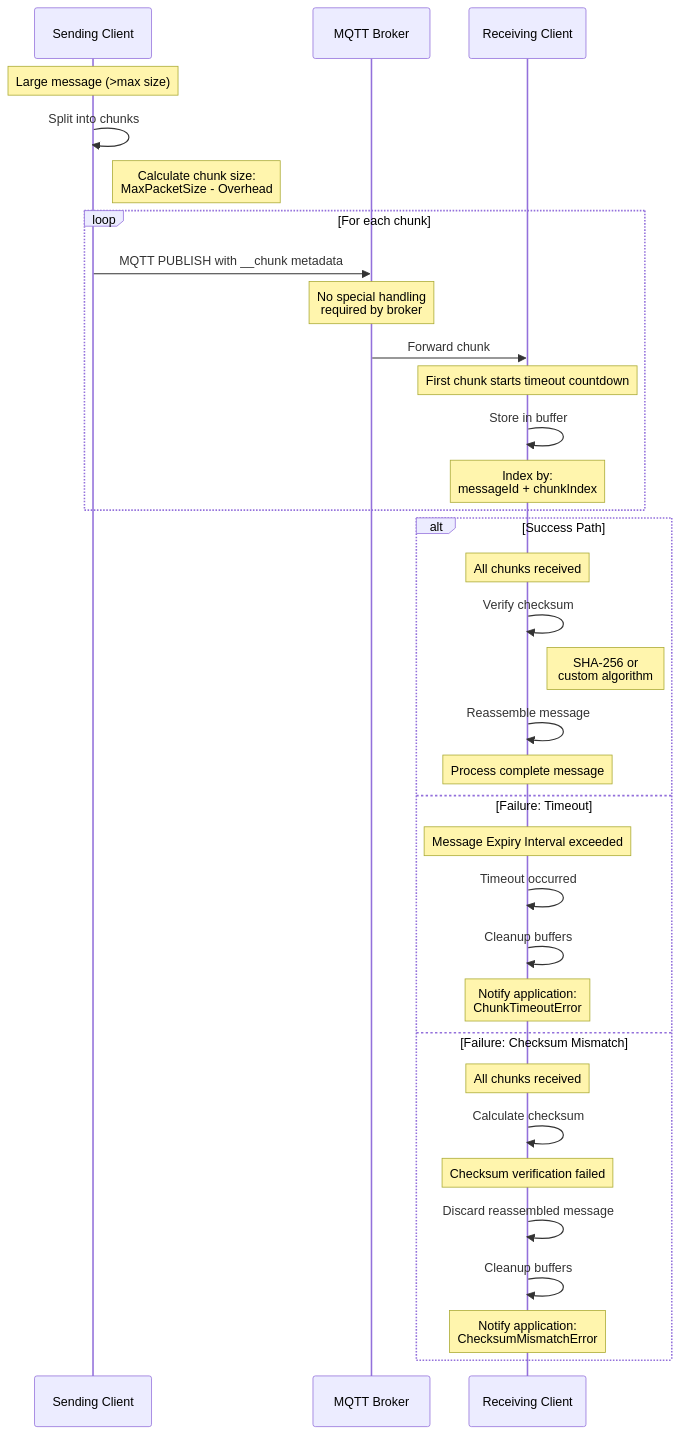
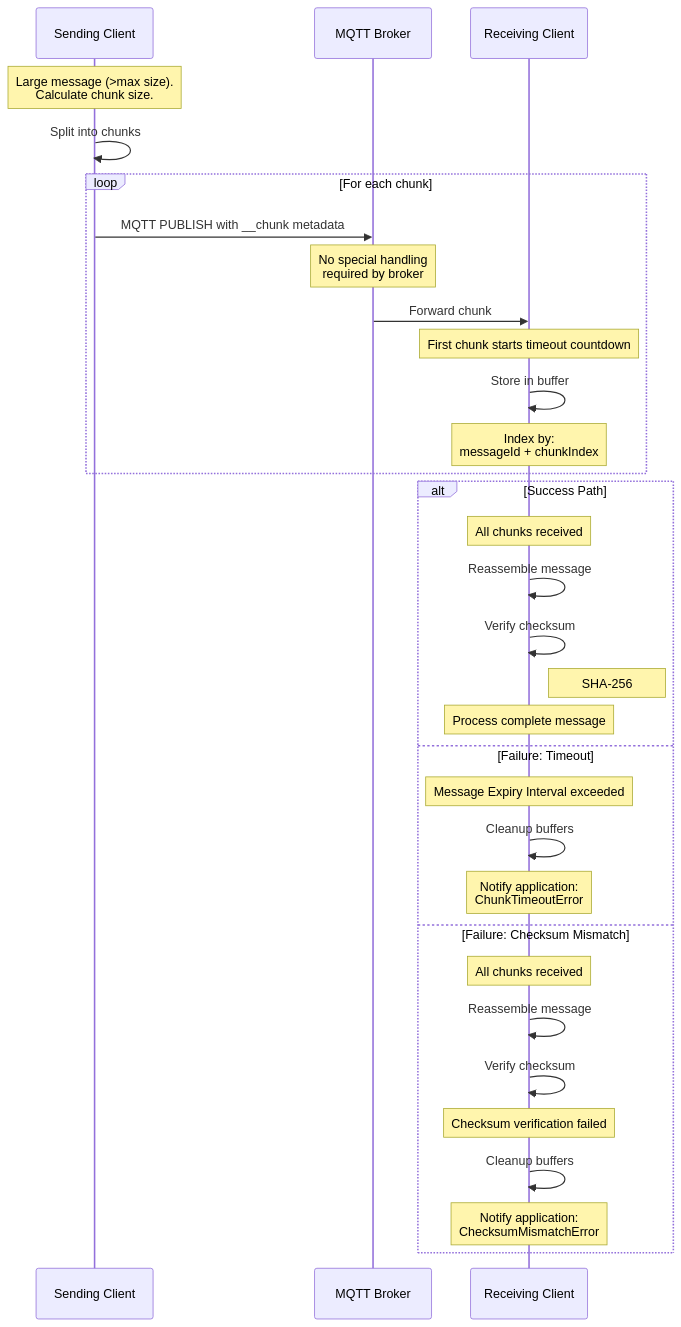
The diagram in doc/dev/adr/0023-large-message-chunking.md (Azure/iot-operations-sdks), drawn with Mermaid before and after one commit. The commit also changed other lines of this file, not shown here.

````diff
--- a/doc/dev/adr/0023-large-message-chunking.md
+++ b/doc/dev/adr/0023-large-message-chunking.md
@@ -87,39 +84,37 @@
 ```mermaid
 sequenceDiagram
     participant Sender as Sending Client
     participant Broker as MQTT Broker
     participant Receiver as Receiving Client
 
-    Note over Sender: Large message (>max size)
+    Note over Sender: Large message (>max size).<br>Calculate chunk size.
     Sender->>Sender: Split into chunks
-    Note right of Sender: Calculate chunk size:<br/>MaxPacketSize - Overhead
 
     loop For each chunk
         Sender->>Broker: MQTT PUBLISH with __chunk metadata
         Note over Broker: No special handling<br/>required by broker
         Broker->>Receiver: Forward chunk
         Note over Receiver: First chunk starts timeout countdown
         Receiver->>Receiver: Store in buffer
         Note over Receiver: Index by:<br/>messageId + chunkIndex
     end
 
     alt Success Path
         Note over Receiver: All chunks received
+        Receiver->>Receiver: Reassemble message
         Receiver->>Receiver: Verify checksum
-        Note right of Receiver: SHA-256 or<br/>custom algorithm
-        Receiver->>Receiver: Reassemble message
+        Note right of Receiver: SHA-256
         Note over Receiver: Process complete message
     else Failure: Timeout
         Note over Receiver: Message Expiry Interval exceeded
-        Receiver->>Receiver: Timeout occurred
         Receiver->>Receiver: Cleanup buffers
         Note over Receiver: Notify application:<br/>ChunkTimeoutError
     else Failure: Checksum Mismatch
         Note over Receiver: All chunks received
-        Receiver->>Receiver: Calculate checksum
+        Receiver->>Receiver: Reassemble message
+        Receiver->>Receiver: Verify checksum
         Note over Receiver: Checksum verification failed
-        Receiver->>Receiver: Discard reassembled message
         Receiver->>Receiver: Cleanup buffers
         Note over Receiver: Notify application:<br/>ChecksumMismatchError
     end
 ```
````
